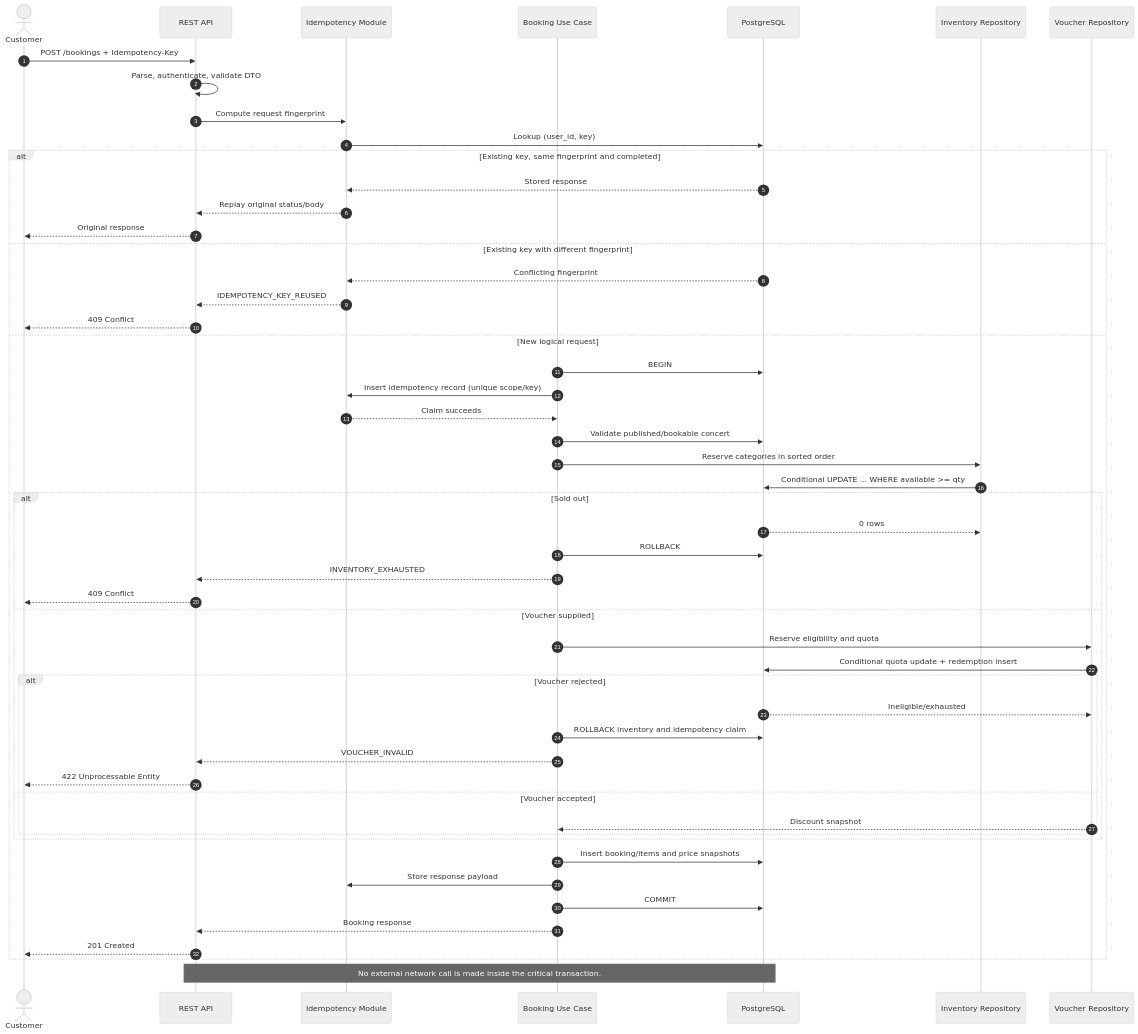
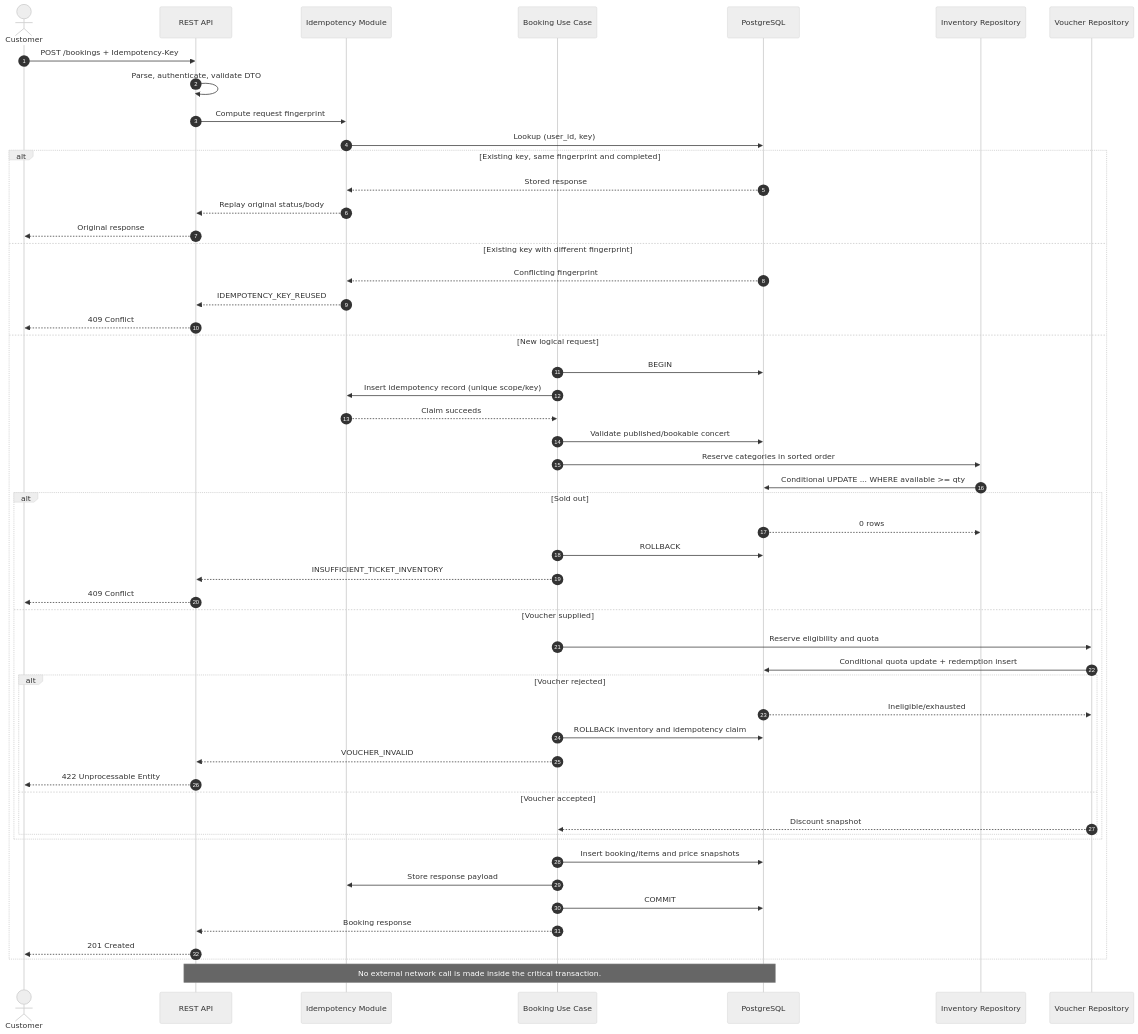
Before and after one commit to Quang-Luu-2005/Geek_Interview: the diagram in docs/diagrams/booking-sequence.mmd, drawn with Mermaid (neutral theme). The commit also changed 19 other files, not shown here.

```diff
--- a/docs/diagrams/booking-sequence.mmd
+++ b/docs/diagrams/booking-sequence.mmd
@@ -1,57 +1,57 @@
 sequenceDiagram
     autonumber
     actor Customer
     participant API as REST API
     participant Idem as Idempotency Module
     participant Booking as Booking Use Case
     participant DB as PostgreSQL
     participant Inventory as Inventory Repository
     participant Voucher as Voucher Repository
 
     Customer->>API: POST /bookings + Idempotency-Key
     API->>API: Parse, authenticate, validate DTO
     API->>Idem: Compute request fingerprint
     Idem->>DB: Lookup (user_id, key)
 
     alt Existing key, same fingerprint and completed
         DB-->>Idem: Stored response
         Idem-->>API: Replay original status/body
         API-->>Customer: Original response
     else Existing key with different fingerprint
         DB-->>Idem: Conflicting fingerprint
         Idem-->>API: IDEMPOTENCY_KEY_REUSED
         API-->>Customer: 409 Conflict
     else New logical request
         Booking->>DB: BEGIN
         Booking->>Idem: Insert idempotency record (unique scope/key)
         Idem-->>Booking: Claim succeeds
         Booking->>DB: Validate published/bookable concert
         Booking->>Inventory: Reserve categories in sorted order
         Inventory->>DB: Conditional UPDATE ... WHERE available >= qty
 
         alt Sold out
             DB-->>Inventory: 0 rows
             Booking->>DB: ROLLBACK
-            Booking-->>API: INVENTORY_EXHAUSTED
+            Booking-->>API: INSUFFICIENT_TICKET_INVENTORY
             API-->>Customer: 409 Conflict
         else Voucher supplied
             Booking->>Voucher: Reserve eligibility and quota
             Voucher->>DB: Conditional quota update + redemption insert
             alt Voucher rejected
                 DB-->>Voucher: Ineligible/exhausted
                 Booking->>DB: ROLLBACK inventory and idempotency claim
                 Booking-->>API: VOUCHER_INVALID
                 API-->>Customer: 422 Unprocessable Entity
             else Voucher accepted
                 Voucher-->>Booking: Discount snapshot
             end
         end
 
         Booking->>DB: Insert booking/items and price snapshots
         Booking->>Idem: Store response payload
         Booking->>DB: COMMIT
         Booking-->>API: Booking response
         API-->>Customer: 201 Created
     end
 
     Note over API,DB: No external network call is made inside the critical transaction.
```
